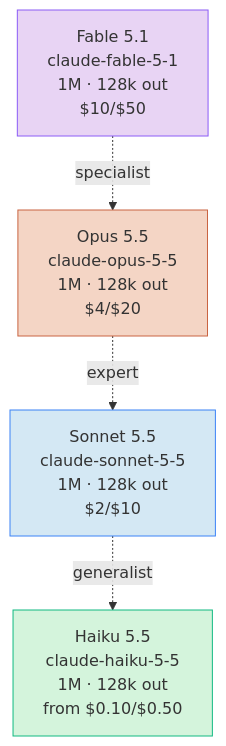
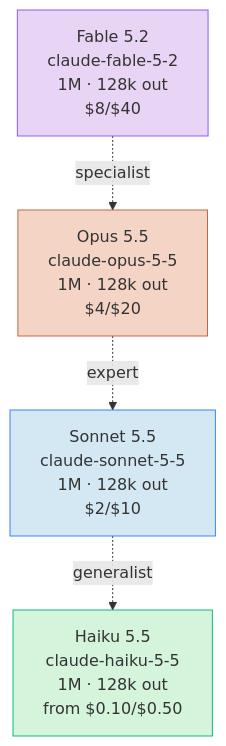
The diagram in claude-capabilities/models/overview.md (dukegod/ai-handbook), drawn with Mermaid before and after one commit. The commit also changed other lines of this file and 10 other files, not shown here.

````diff
--- a/claude-capabilities/models/overview.md
+++ b/claude-capabilities/models/overview.md
@@ -36,16 +37,16 @@
 ```mermaid
 flowchart TD
-  Fable[Fable 5.1<br/>claude-fable-5-1<br/>1M · 128k out<br/>$10/$50]
+  Fable[Fable 5.2<br/>claude-fable-5-2<br/>1M · 128k out<br/>$8/$40]
   Opus[Opus 5.5<br/>claude-opus-5-5<br/>1M · 128k out<br/>$4/$20]
   Sonnet[Sonnet 5.5<br/>claude-sonnet-5-5<br/>1M · 128k out<br/>$2/$10]
   Haiku[Haiku 5.5<br/>claude-haiku-5-5<br/>1M · 128k out<br/>from $0.10/$0.50]
 
   Fable -. specialist .-> Opus
   Opus -. expert .-> Sonnet
   Sonnet -. generalist .-> Haiku
 
   style Fable fill:#e8d4f4,stroke:#8b5cf6
   style Opus fill:#f4d5c5,stroke:#c96442
   style Sonnet fill:#d4e8f4,stroke:#3b82f6
   style Haiku fill:#d4f4dc,stroke:#10b981
 ```
````
